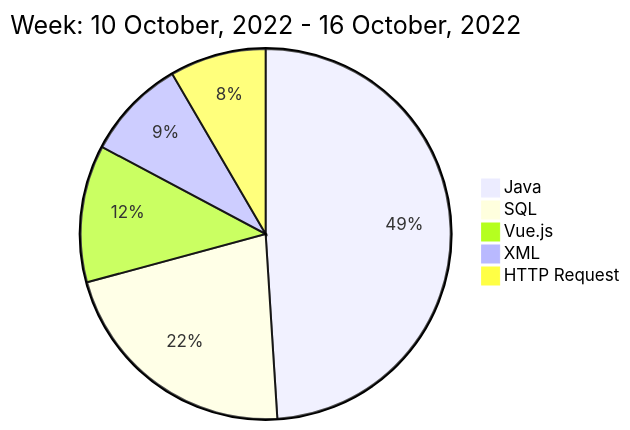
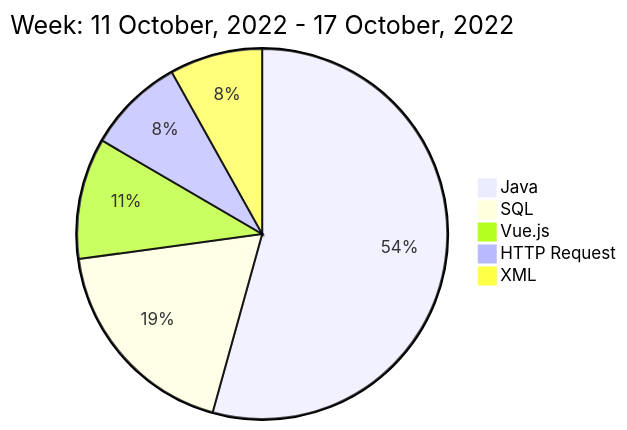
One commit to liubin95/liubin95 changed the diagram in README.md. Above: the diagram before and after it, drawn with Mermaid.

Commit message:
Updated the Graph with new Metrics

````diff
--- a/README.md
+++ b/README.md
@@ -40,9 +40,9 @@
 ```mermaid
  pie
-title Week: 10 October, 2022 - 16 October, 2022
- "Java" : 9.73
- "SQL" : 4.33
- "Vue.js" : 2.38
+title Week: 11 October, 2022 - 17 October, 2022
+ "Java" : 11.72
+ "SQL" : 4.0
+ "Vue.js" : 2.28
+ "HTTP Request" : 1.83
  "XML" : 1.75
- "HTTP Request" : 1.67
 ```
````
